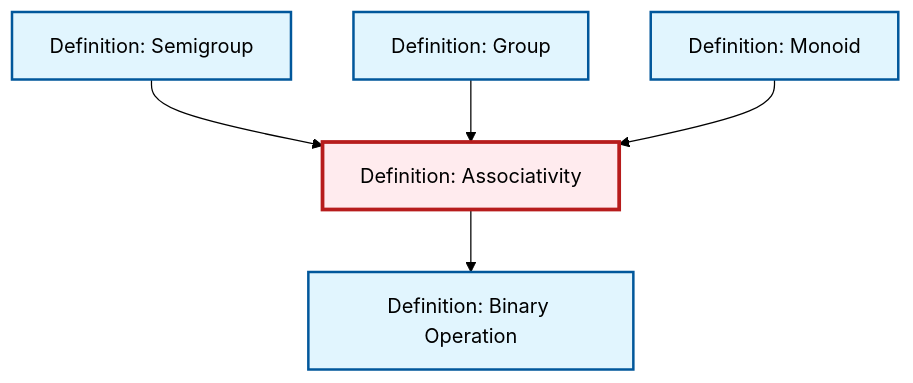
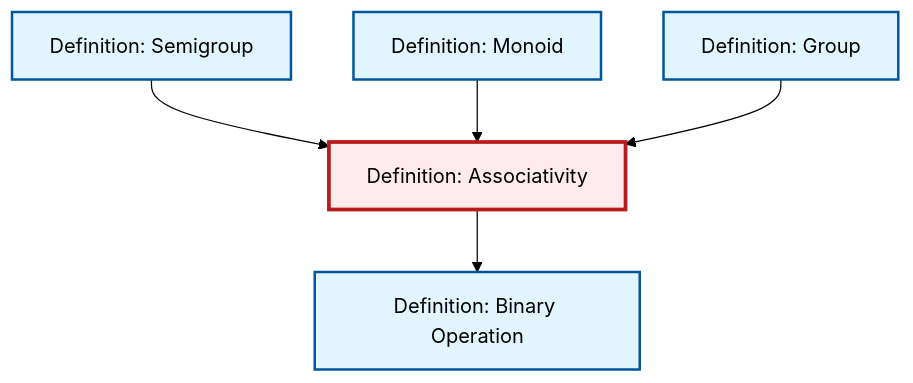
The diagram in content/en/algebra/def-associativity.qmd (RK0429/ModernMath), drawn with Mermaid (forest theme) before and after one commit. The commit also changed other lines of this file and 654 other files, not shown here.

````diff
--- a/content/en/algebra/def-associativity.qmd
+++ b/content/en/algebra/def-associativity.qmd
@@ -88,23 +88,23 @@
 ```{mermaid}
 %%| fig-cap: "Local dependency graph"
 graph TD
     classDef definition fill:#e1f5fe,stroke:#01579b,stroke-width:2px
     classDef theorem fill:#f3e5f5,stroke:#4a148c,stroke-width:2px
     classDef axiom fill:#fff3e0,stroke:#e65100,stroke-width:2px
     classDef example fill:#e8f5e9,stroke:#1b5e20,stroke-width:2px
     classDef current fill:#ffebee,stroke:#b71c1c,stroke-width:3px
     def-monoid["Definition: Monoid"]:::definition
     def-group["Definition: Group"]:::definition
     def-binary-operation["Definition: Binary Operation"]:::definition
+    def-semigroup["Definition: Semigroup"]:::definition
     def-associativity["Definition: Associativity"]:::definition
-    def-semigroup["Definition: Semigroup"]:::definition
+    def-associativity --> def-binary-operation
     def-semigroup --> def-associativity
+    def-monoid --> def-associativity
     def-group --> def-associativity
-    def-associativity --> def-binary-operation
-    def-monoid --> def-associativity
     class def-associativity current
     click def-monoid "def-monoid.html" "Go to Monoid definition"
     click def-group "def-group.html" "Go to Group definition"
     click def-binary-operation "def-binary-operation.html" "Go to Binary Operation definition"
     click def-semigroup "def-semigroup.html" "Go to Semigroup definition"
 ```
````
